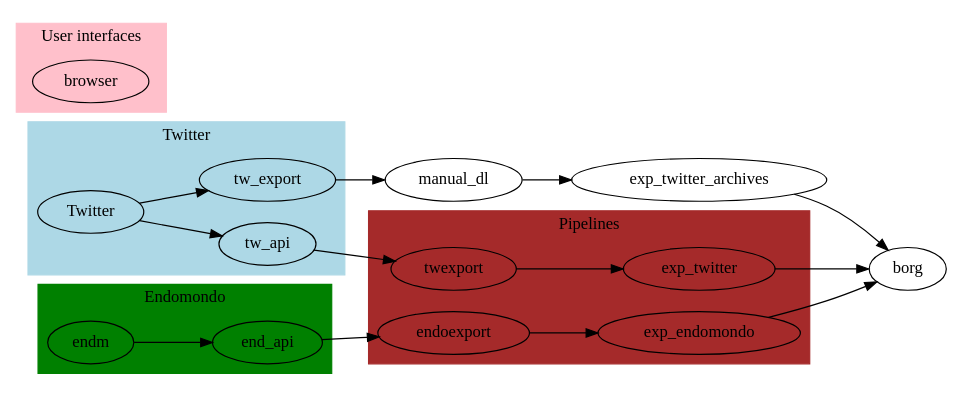
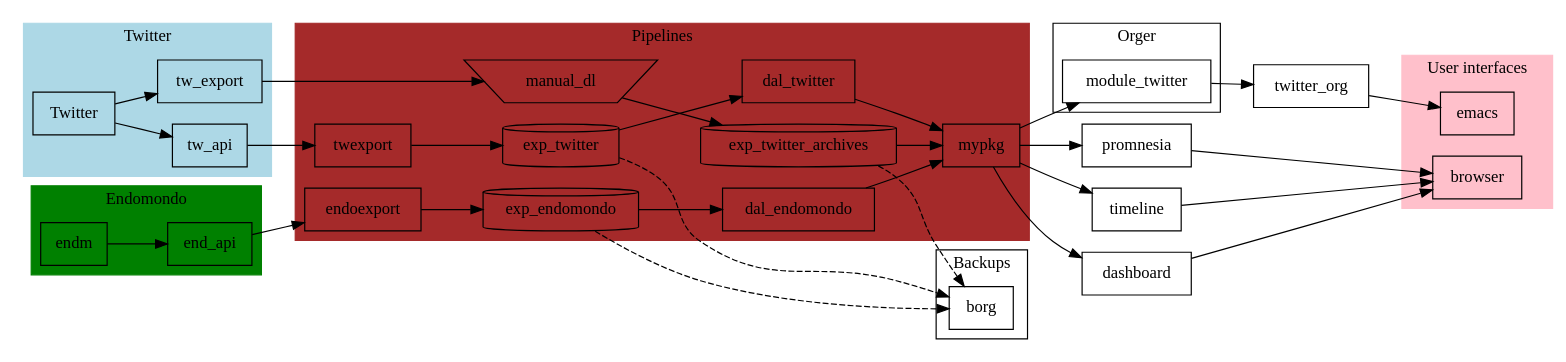
Before and after one commit to karlicoss/myinfra: the diagram in infra.dot, drawn with Graphviz.

Commit message:
more stuff on infra diagram

```diff
--- a/infra.dot
+++ b/infra.dot
@@ -1,74 +1,116 @@
 # http://www.graphviz.org/content/cluster
 
 digraph G {
+  node [shape="box"];
+  rankdir="LR";
 
-rankdir="LR";
 
 subgraph cluster_twittercom {
 	label="Twitter";
 	style=filled;
 	color=lightblue;
 	// node [style=filled,color=white];
 
   tw [label = "Twitter"];
+  tw_export;
   tw_api;
-  tw_export;
 	// a0 -> a1 -> a2 -> a3;
 }
 tw -> tw_api;
 tw -> tw_export;
 
 subgraph cluster_endomondo {
 	label="Endomondo";
   style=filled;
   color=green;
   endm;
   end_api;
 	// node [style=filled];
 	// b0 -> b1 -> b2 -> b3;
 }
 
 endm -> end_api;
 
-# TODO manual separately?
-tw_export -> manual_dl -> exp_twitter_archives;
+
+subgraph exports {
+  node [shape=cylinder];
+
+  exp_twitter_archives;
+  exp_twitter;
+  exp_endomondo;
+}
+
+
 
 subgraph cluster_pipelines {
   label="Pipelines";
   style=filled;
   color=brown;
 
   twexport;
+  endoexport;
 
-  tw_api  -> twexport   -> exp_twitter;
-  end_api -> endoexport -> exp_endomondo;
+  manual_dl[shape=invtrapezium];
+
+  tw_export -> manual_dl  -> exp_twitter_archives;
+  tw_api    -> twexport   -> exp_twitter;
+  end_api   -> endoexport -> exp_endomondo;
+
+  exp_twitter_archives           -> mypkg;
+  exp_twitter   -> dal_twitter   -> mypkg;
+  exp_endomondo -> dal_endomondo -> mypkg;
 }
 
-subgraph backups {
-  exp_twitter_archives -> borg;
-  exp_twitter          -> borg
-  exp_endomondo        -> borg;
-}
+# TODO distinguish manual and automatic nodes?
+# TODO instead have twexport on edges? ultimately not that much difference..
+
 # TODO position borg above
 
 # TODO svg output with links
-subgraph cluester_backups {
+subgraph cluster_backups {
+  label="Backups";
   borg;
+
+  exp_twitter_archives -> borg [style=dashed];
+  exp_twitter          -> borg [style=dashed];
+  exp_endomondo        -> borg [style=dashed];
+}
+
+# TODO mark edges that use cachew?
+
+subgraph cluster_orger {
+  label=Orger;
+  module_twitter;
 }
 
 subgraph cluster_ui {
   label="User interfaces";
   style=filled;
   color=pink;
 
+  emacs;
   browser;
 }
+
+mypkg -> timeline;
+mypkg -> dashboard;
+mypkg -> module_twitter -> twitter_org;
+mypkg -> promnesia;
+
+
+promnesia -> browser;
+timeline  -> browser;
+dashboard -> browser;
+
+
+twitter_org -> emacs;
+
 
 // a1 -> b3;
 // b2 -> a3;
 // a3 -> a0;
 // a3 -> end;
 // b3 -> end;
 
 // end [shape=Mdiamond];
 }
```
